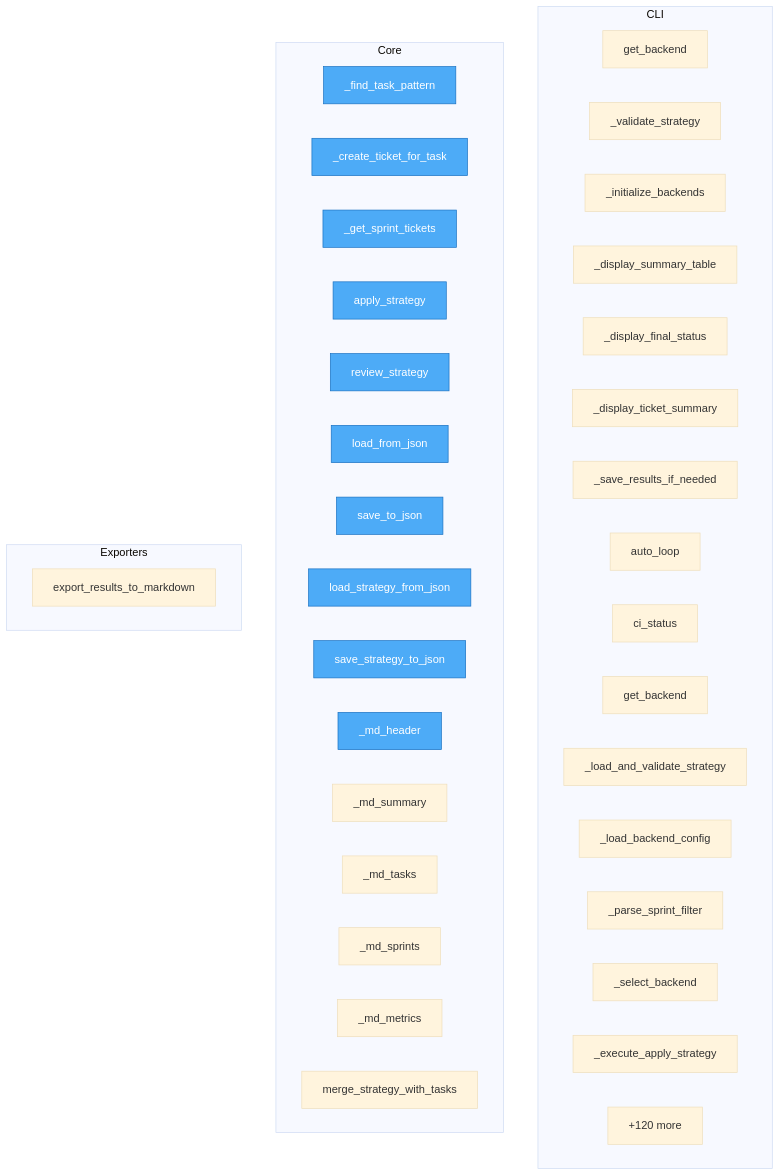
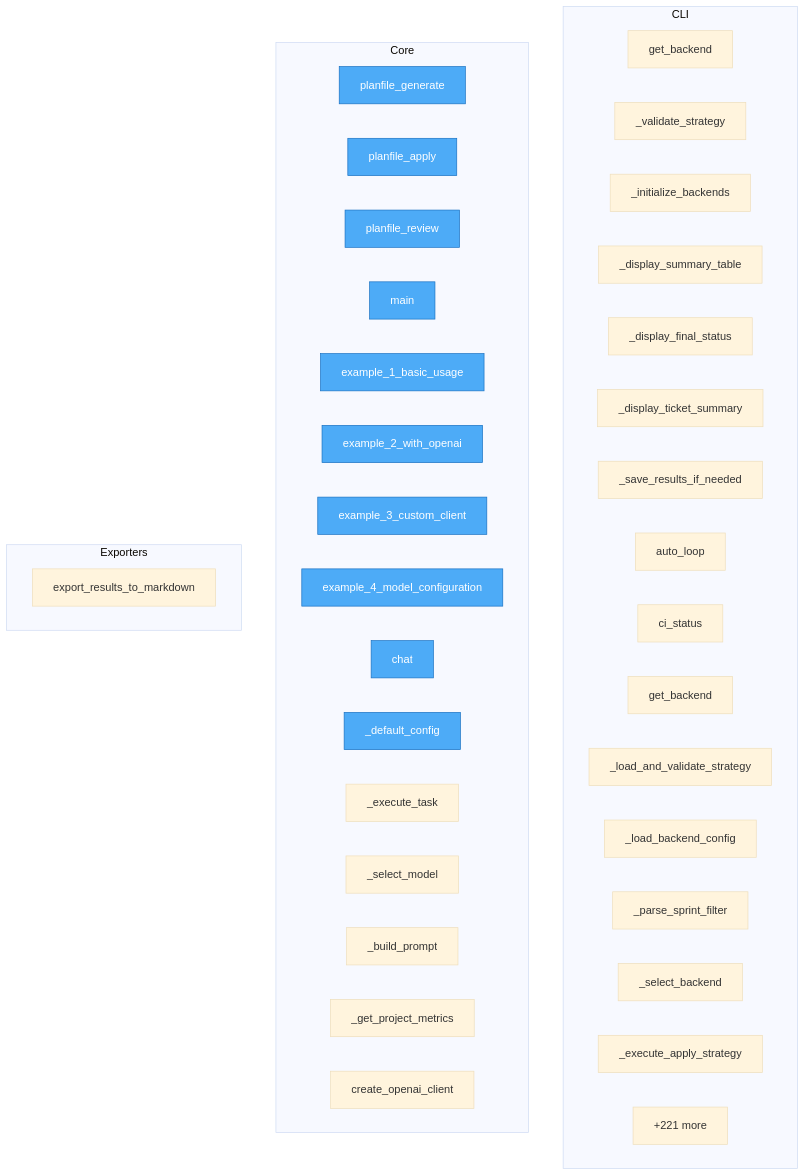
One commit to semcod/planfile changed the diagram in project/flow.mmd. Above: the diagram before and after it, drawn with Mermaid (base theme). The commit also changed 22 other files, not shown here.

```diff
--- a/project/flow.mmd
+++ b/project/flow.mmd
@@ -1,48 +1,48 @@
 flowchart TD
 
     %% Entry points (blue)
     classDef entry fill:#4dabf7,stroke:#1971c2,color:#fff
 
     subgraph CLI
         planfile__cli__auto_loop__get_backend["get_backend"]
         planfile__cli__auto_loop___validate_strategy["_validate_strategy"]
         planfile__cli__auto_loop___initialize_backends["_initialize_backends"]
         planfile__cli__auto_loop___display_summary_table["_display_summary_table"]
         planfile__cli__auto_loop___display_final_status["_display_final_status"]
         planfile__cli__auto_loop___display_ticket_summary["_display_ticket_summary"]
         planfile__cli__auto_loop___save_results_if_needed["_save_results_if_needed"]
         planfile__cli__auto_loop__auto_loop["auto_loop"]
         planfile__cli__auto_loop__ci_status["ci_status"]
         planfile__cli__commands__get_backend["get_backend"]
         planfile__cli__commands___load_and_validate_strategy["_load_and_validate_strategy"]
         planfile__cli__commands___load_backend_config["_load_backend_config"]
         planfile__cli__commands___parse_sprint_filter["_parse_sprint_filter"]
         planfile__cli__commands___select_backend["_select_backend"]
         planfile__cli__commands___execute_apply_strategy["_execute_apply_strategy"]
         ...["+7 more"]
     end
 
     subgraph Core
-        planfile__runner__StrategyRunner___find_task_pattern["_find_task_pattern"]
-        planfile__runner__StrategyRunner___create_ticket_for_task["_create_ticket_for_task"]
-        planfile__runner__StrategyRunner___get_sprint_tickets["_get_sprint_tickets"]
-        planfile__runner__apply_strategy["apply_strategy"]
-        planfile__runner__review_strategy["review_strategy"]
-        planfile__loaders__cli_loader__load_from_json["load_from_json"]
-        planfile__loaders__cli_loader__save_to_json["save_to_json"]
-        planfile__loaders__cli_loader__load_strategy_from_json["load_strategy_from_json"]
-        planfile__loaders__cli_loader__save_strategy_to_json["save_strategy_to_json"]
-        planfile__loaders__cli_loader___md_header["_md_header"]
-        planfile__loaders__cli_loader___md_summary["_md_summary"]
-        planfile__loaders__cli_loader___md_tasks["_md_tasks"]
-        planfile__loaders__cli_loader___md_sprints["_md_sprints"]
-        planfile__loaders__cli_loader___md_metrics["_md_metrics"]
-        planfile__loaders__yaml_loader__merge_strategy_with_tasks["merge_strategy_with_tasks"]
-        ...["+120 more"]
+        mcp_server_example__planfile_generate["planfile_generate"]
+        mcp_server_example__planfile_apply["planfile_apply"]
+        mcp_server_example__planfile_review["planfile_review"]
+        mcp_server_example__main["main"]
+        example_standalone__example_1_basic_usage["example_1_basic_usage"]
+        example_standalone__example_2_with_openai["example_2_with_openai"]
+        example_standalone__example_3_custom_client["example_3_custom_client"]
+        example_standalone__example_4_model_configuration["example_4_model_configuration"]
+        planfile__executor_standalone__LLMClient__chat["chat"]
+        planfile__executor_standalone__StrategyExecutor___default_config["_default_config"]
+        planfile__executor_standalone__StrategyExecutor___execute_task["_execute_task"]
+        planfile__executor_standalone__StrategyExecutor___select_model["_select_model"]
+        planfile__executor_standalone__StrategyExecutor___build_prompt["_build_prompt"]
+        planfile__executor_standalone__StrategyExecutor___get_project_metrics["_get_project_metrics"]
+        planfile__executor_standalone__create_openai_client["create_openai_client"]
+        ...["+221 more"]
     end
 
     subgraph Exporters
         planfile__loaders__cli_loader__export_results_to_markdown["export_results_to_markdown"]
     end
 
-    class planfile__runner__StrategyRunner___find_task_pattern,planfile__runner__StrategyRunner___create_ticket_for_task,planfile__runner__StrategyRunner___get_sprint_tickets,planfile__runner__apply_strategy,planfile__runner__review_strategy,planfile__loaders__cli_loader__load_from_json,planfile__loaders__cli_loader__save_to_json,planfile__loaders__cli_loader__load_strategy_from_json,planfile__loaders__cli_loader__save_strategy_to_json,planfile__loaders__cli_loader___md_header entry
+    class mcp_server_example__planfile_generate,mcp_server_example__planfile_apply,mcp_server_example__planfile_review,mcp_server_example__main,example_standalone__example_1_basic_usage,example_standalone__example_2_with_openai,example_standalone__example_3_custom_client,example_standalone__example_4_model_configuration,planfile__executor_standalone__LLMClient__chat,planfile__executor_standalone__StrategyExecutor___default_config entry
```
